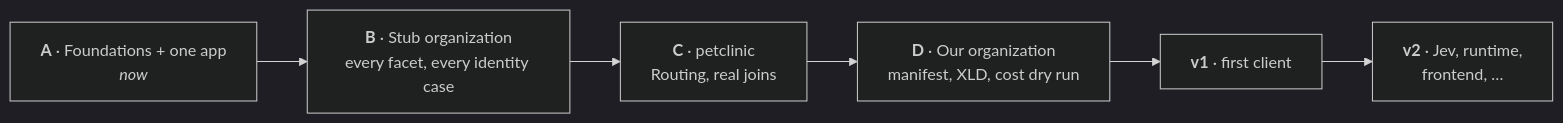
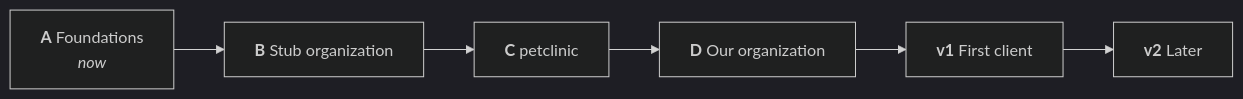
The diagram in docs/plan/README.md (KBavis/steno), drawn with Mermaid (dark theme) before and after one commit. The commit also changed other lines of this file and 35 other files, not shown here.

First line of the commit message:
docs: simplify the docs and record D150 (flows-first routing)

````diff
--- a/docs/plan/README.md
+++ b/docs/plan/README.md
@@ -12,8 +11,8 @@
 ```mermaid
 flowchart LR
-    A["<b>A</b> · Foundations + one app<br/><i>now</i>"] --> B["<b>B</b> · Stub organization<br/>every facet, every identity case"]
-    B --> C["<b>C</b> · petclinic<br/>Routing, real joins"]
-    C --> D["<b>D</b> · Our organization<br/>manifest, XLD, cost dry run"]
-    D --> V1["<b>v1</b> · first client"]
-    V1 --> V2["<b>v2</b> · Jev, runtime,<br/>frontend, …"]
+    A["<b>A</b> Foundations<br/><i>now</i>"] --> B["<b>B</b> Stub organization"]
+    B --> C["<b>C</b> petclinic"]
+    C --> D["<b>D</b> Our organization"]
+    D --> V1["<b>v1</b> First client"]
+    V1 --> V2["<b>v2</b> Later"]
 ```
````
